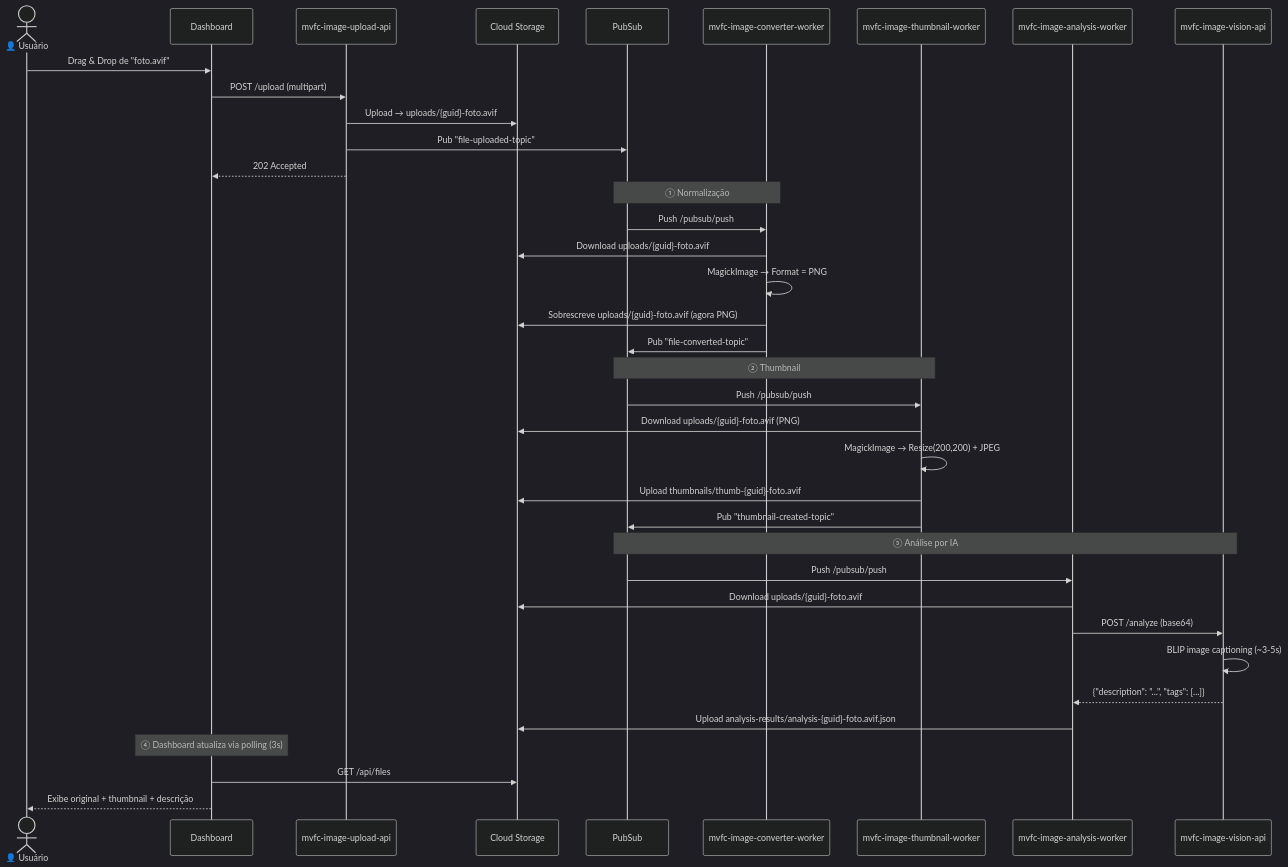
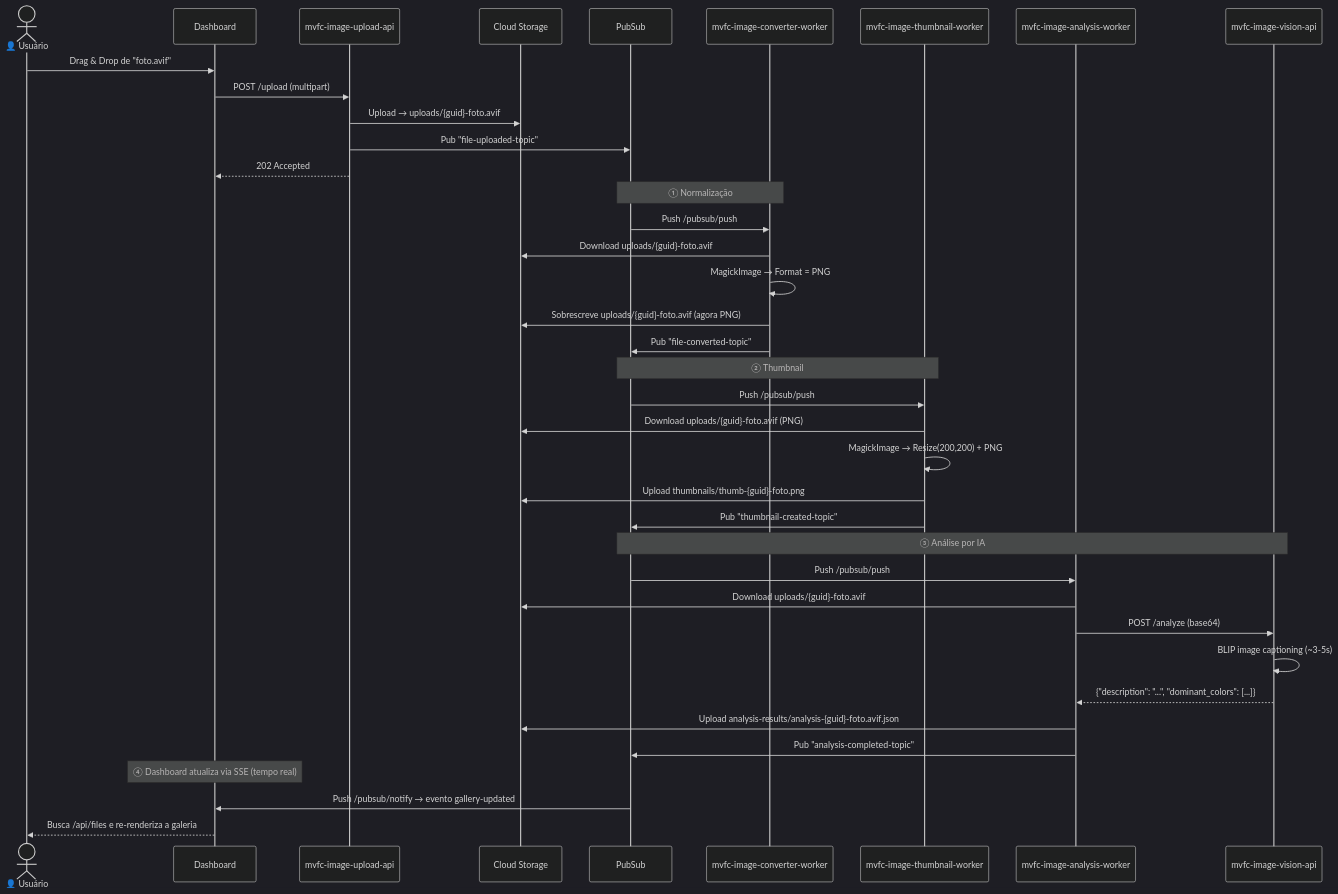
Before and after one commit to Marcus-V-Freitas/MVFC.ImageProcessing: the second of 5 diagrams in README.pt-BR.md, drawn with Mermaid (dark theme). The commit also changed other lines of this file and 60 other files, not shown here.

First line of the commit message:
feat: introduce real-time SSE dashboard updates and relax upload validation

````diff
--- a/README.pt-BR.md
+++ b/README.pt-BR.md
@@ -131,47 +132,48 @@
 ```mermaid
 sequenceDiagram
     actor U as 👤 Usuário
     participant D as Dashboard
     participant API as mvfc-image-upload-api
     participant GCS as Cloud Storage
     participant PS as PubSub
     participant CONV as mvfc-image-converter-worker
     participant TW as mvfc-image-thumbnail-worker
     participant IA as mvfc-image-analysis-worker
     participant VA as mvfc-image-vision-api
 
     U->>D: Drag & Drop de "foto.avif"
     D->>API: POST /upload (multipart)
     API->>GCS: Upload → uploads/{guid}-foto.avif
     API->>PS: Pub "file-uploaded-topic"
     API-->>D: 202 Accepted
 
     Note over PS,CONV: ① Normalização
 
     PS->>CONV: Push /pubsub/push
     CONV->>GCS: Download uploads/{guid}-foto.avif
     CONV->>CONV: MagickImage → Format = PNG
     CONV->>GCS: Sobrescreve uploads/{guid}-foto.avif (agora PNG)
     CONV->>PS: Pub "file-converted-topic"
 
     Note over PS,TW: ② Thumbnail
 
     PS->>TW: Push /pubsub/push
     TW->>GCS: Download uploads/{guid}-foto.avif (PNG)
-    TW->>TW: MagickImage → Resize(200,200) + JPEG
-    TW->>GCS: Upload thumbnails/thumb-{guid}-foto.avif
+    TW->>TW: MagickImage → Resize(200,200) + PNG
+    TW->>GCS: Upload thumbnails/thumb-{guid}-foto.png
     TW->>PS: Pub "thumbnail-created-topic"
 
     Note over PS,VA: ③ Análise por IA
 
     PS->>IA: Push /pubsub/push
     IA->>GCS: Download uploads/{guid}-foto.avif
     IA->>VA: POST /analyze (base64)
     VA->>VA: BLIP image captioning (~3-5s)
-    VA-->>IA: {"description": "...", "tags": [...]}
+    VA-->>IA: {"description": "...", "dominant_colors": [...]}
     IA->>GCS: Upload analysis-results/analysis-{guid}-foto.avif.json
+    IA->>PS: Pub "analysis-completed-topic"
 
-    Note over D: ④ Dashboard atualiza via polling (3s)
-    D->>GCS: GET /api/files
-    D-->>U: Exibe original + thumbnail + descrição
+    Note over D: ④ Dashboard atualiza via SSE (tempo real)
+    PS->>D: Push /pubsub/notify → evento gallery-updated
+    D-->>U: Busca /api/files e re-renderiza a galeria
 ```
````
